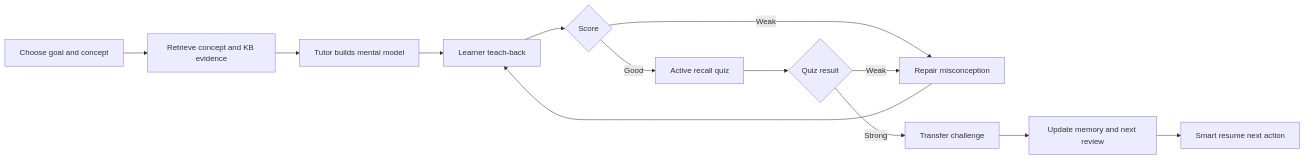
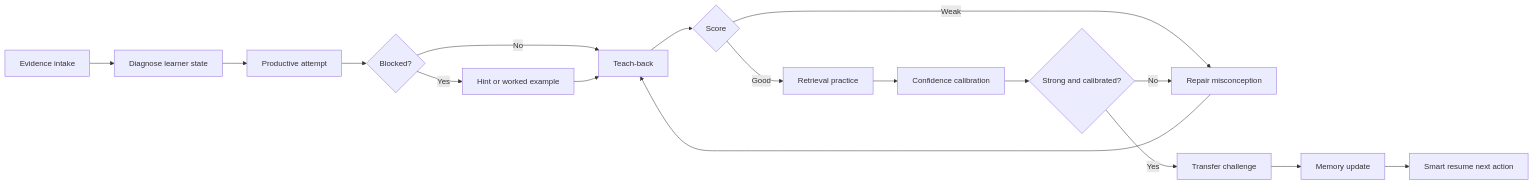
The fourth of 4 diagrams in docs/tutor-system-architecture.md (Vikaash-dev/neuro-tutoe), drawn with Mermaid before and after one commit. The commit also changed other lines of this file, not shown here.

Commit message:
Refine tutor system active-learning architecture

````diff
--- a/docs/tutor-system-architecture.md
+++ b/docs/tutor-system-architecture.md
@@ -376,15 +470,19 @@
 ```mermaid
 flowchart LR
-  A["Choose goal and concept"] --> B["Retrieve concept and KB evidence"]
-  B --> C["Tutor builds mental model"]
-  C --> D["Learner teach-back"]
-  D --> E{"Score"}
-  E -->|"Weak"| F["Repair misconception"]
-  F --> D
-  E -->|"Good"| G["Active recall quiz"]
-  G --> H{"Quiz result"}
-  H -->|"Weak"| F
-  H -->|"Strong"| I["Transfer challenge"]
-  I --> J["Update memory and next review"]
-  J --> K["Smart resume next action"]
+  A["Evidence intake"] --> B["Diagnose learner state"]
+  B --> C["Productive attempt"]
+  C --> D{"Blocked?"}
+  D -->|"Yes"| E["Hint or worked example"]
+  D -->|"No"| F["Teach-back"]
+  E --> F
+  F --> G{"Score"}
+  G -->|"Weak"| H["Repair misconception"]
+  H --> F
+  G -->|"Good"| I["Retrieval practice"]
+  I --> J["Confidence calibration"]
+  J --> K{"Strong and calibrated?"}
+  K -->|"No"| H
+  K -->|"Yes"| L["Transfer challenge"]
+  L --> M["Memory update"]
+  M --> N["Smart resume next action"]
 ```
````
